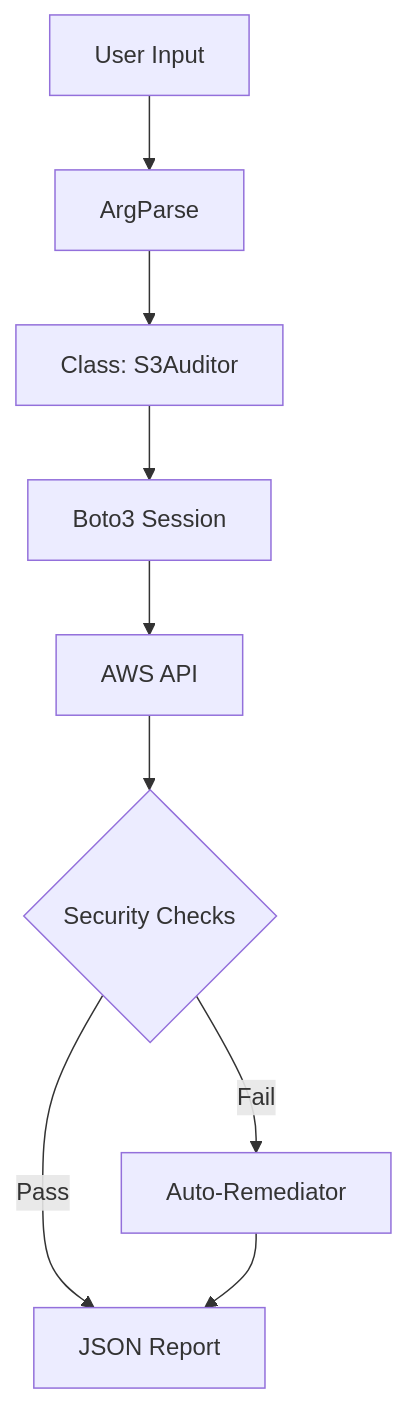
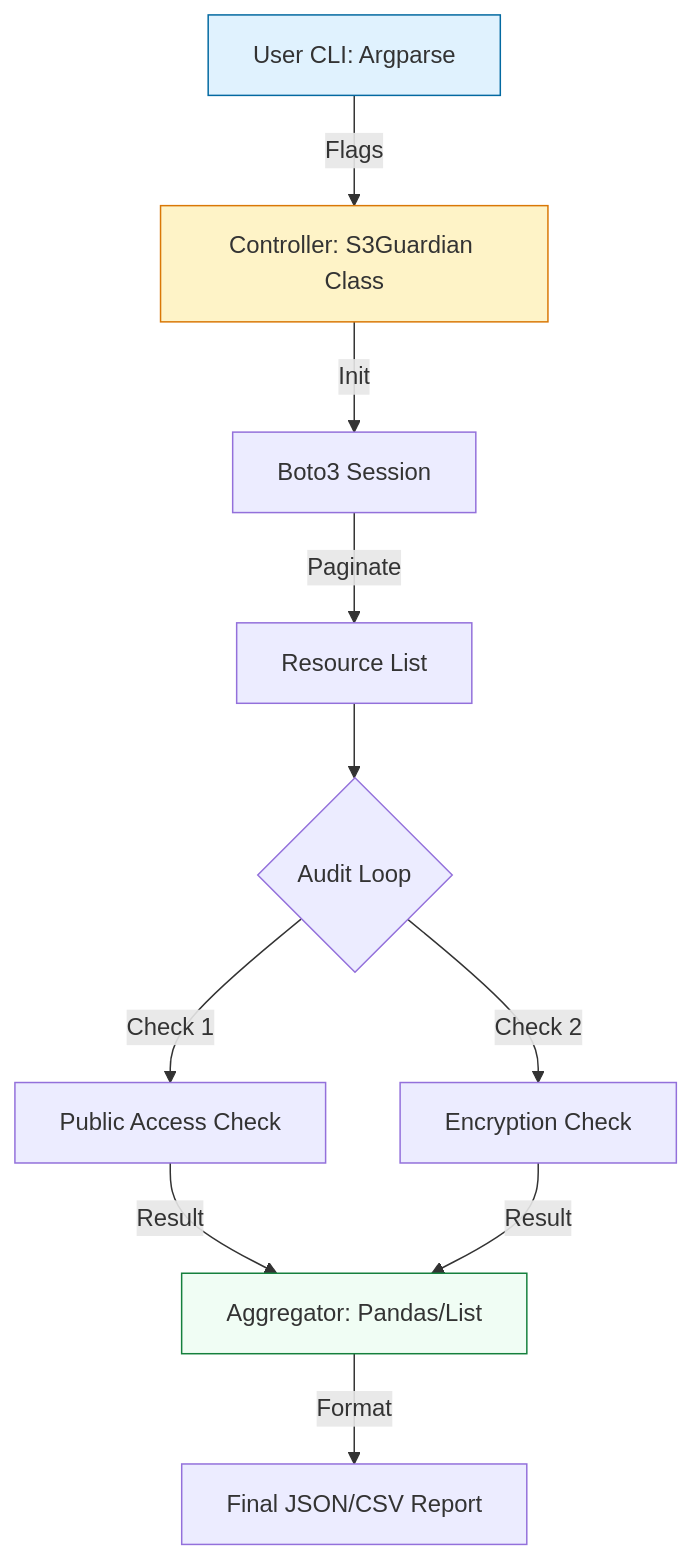
One commit to Ganil151/Devops changed the diagram in 2-Intermediate/02-Phase-2/01-Infrastructure-Automation/01-Scripting-Automation/03-Python-for-DevOps/14-Capstone-Project-S3-Auditor/README.md. Above: the diagram before and after it, drawn with Mermaid. The commit also changed other lines of this file and 281 other files, not shown here.

````diff
--- a/2-Intermediate/02-Phase-2/01-Infrastructure-Automation/01-Scripting-Automation/03-Python-for-DevOps/14-Capstone-Project-S3-Auditor/README.md
+++ b/2-Intermediate/02-Phase-2/01-Infrastructure-Automation/01-Scripting-Automation/03-Python-for-DevOps/14-Capstone-Project-S3-Auditor/README.md
@@ -24,11 +26,16 @@
 ```mermaid
 graph TD
-    CLI[User Input] --> Args[ArgParse]
-    Args --> Auditor[Class: S3Auditor]
-    Auditor --> Boto[Boto3 Session]
-    Boto --> API[AWS API]
-    API --> Checks{Security Checks}
-    Checks -->|Fail| Fixer[Auto-Remediator]
-    Checks -->|Pass| Report
-    Fixer --> Report[JSON Report]
+    CLI[User CLI: Argparse] -- Flags --> Control[Controller: S3Guardian Class]
+    Control -- Init --> Boto[Boto3 Session]
+    Boto -- Paginate --> List[Resource List]
+    List --> Loop{Audit Loop}
+    Loop -- Check 1 --> Public[Public Access Check]
+    Loop -- Check 2 --> Encrypt[Encryption Check]
+    Public -- Result --> Agg[Aggregator: Pandas/List]
+    Encrypt -- Result --> Agg
+    Agg -- Format --> Report[Final JSON/CSV Report]
+    
+    style CLI fill:#e0f2fe,stroke:#0369a1
+    style Control fill:#fef3c7,stroke:#d97706
+    style Agg fill:#f0fdf4,stroke:#15803d
 ```
````
